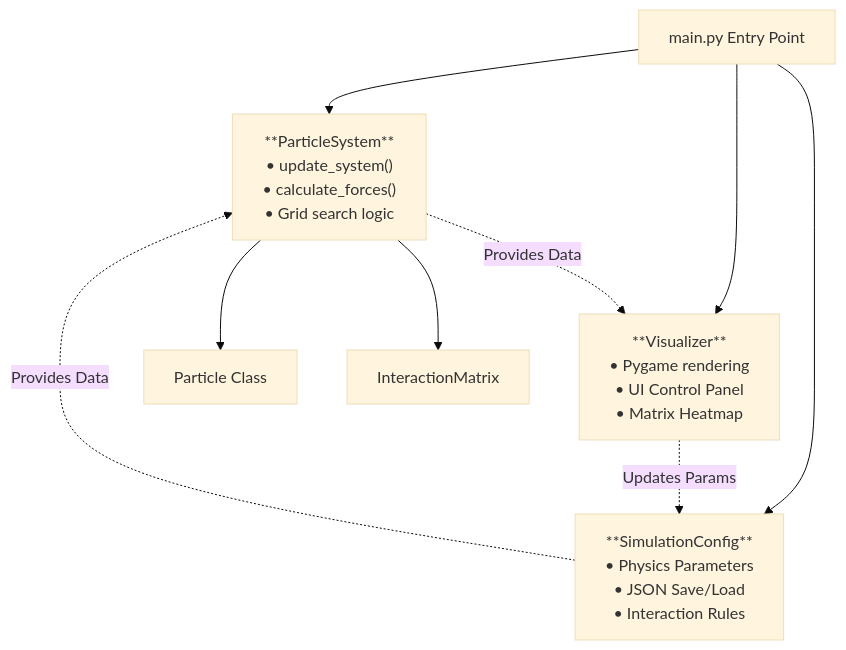
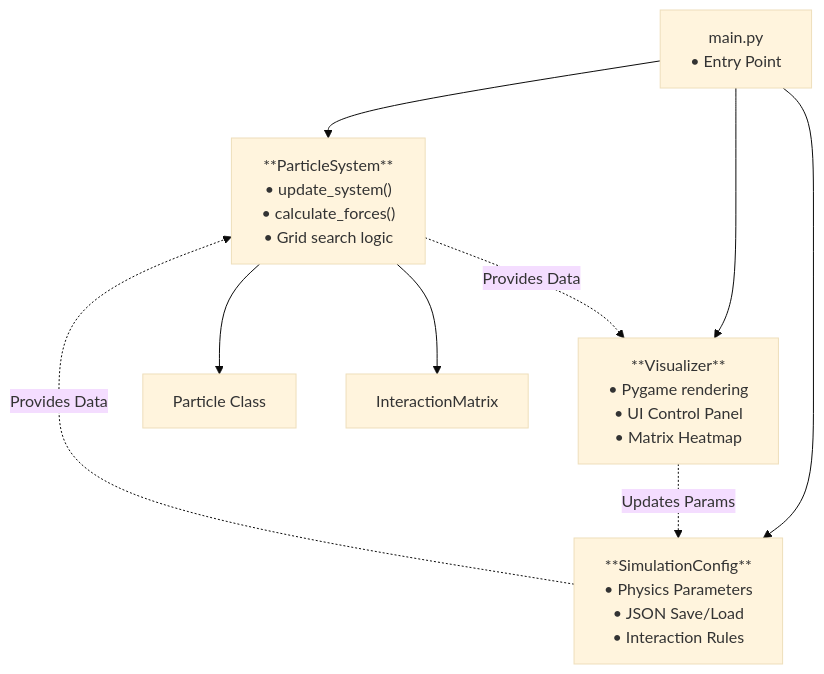
Before and after one commit to lisa-vdoviuk/particle-life: the first of 2 diagrams in README.md, drawn with Mermaid (base theme).

Commit message:
Updated System Architecture

````diff
--- a/README.md
+++ b/README.md
@@ -47,21 +47,21 @@
 ```mermaid
 ---
 config:
-  layout: dagre
+  layout: fixed
 ---
 flowchart TB
-    Main["main.py Entry Point"] --> PS["**ParticleSystem**
+    Main["main.py<br>• Entry Point"] --> PS["**ParticleSystem**
 • update_system()
 • calculate_forces()
 • Grid search logic"] & Config["**SimulationConfig**
 • Physics Parameters
 • JSON Save/Load
 • Interaction Rules"] & Viz["**Visualizer**
 • Pygame rendering
 • UI Control Panel
 • Matrix Heatmap"]
     PS --> PC["Particle Class"] & Matrix["InteractionMatrix"]
     Viz -. Updates Params .-> Config
     Config -. Provides Data .-> PS
     PS -. Provides Data .-> Viz
 ```
````
